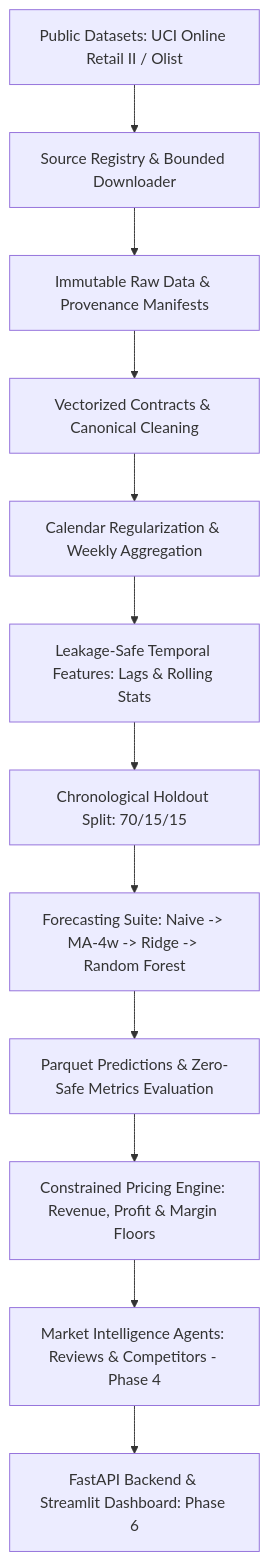
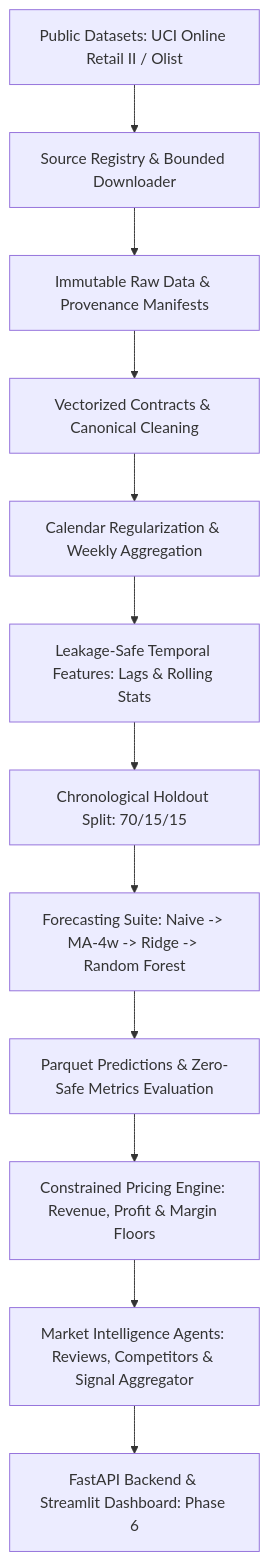
One commit to Gokulnaath-N/MarketLens-Agentic-Dynamic-Pricing-Intelligence-Platform changed the diagram in README.md. Above: the diagram before and after it, drawn with Mermaid. The commit also changed other lines of this file and 24 other files, not shown here.

Commit message:
feat(phase-4): implement agentic market intelligence, competitor monitoring, and signal aggregation

````diff
--- a/README.md
+++ b/README.md
@@ -31,14 +31,14 @@
 ```mermaid
 flowchart TD
     A[Public Datasets: UCI Online Retail II / Olist] --> B[Source Registry & Bounded Downloader]
     B --> C[Immutable Raw Data & Provenance Manifests]
     C --> D[Vectorized Contracts & Canonical Cleaning]
     D --> E[Calendar Regularization & Weekly Aggregation]
     E --> F[Leakage-Safe Temporal Features: Lags & Rolling Stats]
     F --> G[Chronological Holdout Split: 70/15/15]
     G --> H[Forecasting Suite: Naive -> MA-4w -> Ridge -> Random Forest]
     H --> I[Parquet Predictions & Zero-Safe Metrics Evaluation]
     I --> J[Constrained Pricing Engine: Revenue, Profit & Margin Floors]
-    J --> K[Market Intelligence Agents: Reviews & Competitors - Phase 4]
+    J --> K[Market Intelligence Agents: Reviews, Competitors & Signal Aggregator]
     K --> L[FastAPI Backend & Streamlit Dashboard: Phase 6]
 ```
````
